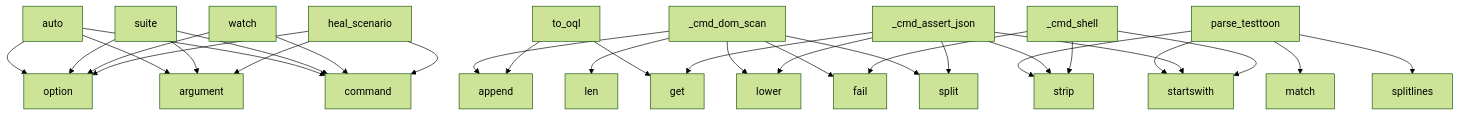
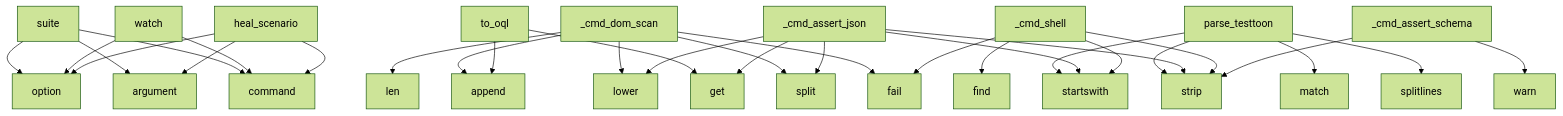
One commit to oqlos/testql changed the diagram in project/context.md. Above: the diagram before and after it, drawn with Mermaid (forest theme). The commit also changed other lines of this file and 33 other files, not shown here.

````diff
--- a/project/context.md
+++ b/project/context.md
@@ -641,33 +550,33 @@
 ```mermaid
 graph TD
-    auto --> command
-    auto --> argument
-    auto --> option
     _cmd_dom_scan --> split
     _cmd_dom_scan --> lower
     _cmd_dom_scan --> fail
     _cmd_dom_scan --> append
     _cmd_dom_scan --> len
     suite --> command
     suite --> argument
     suite --> option
     to_oql --> get
     to_oql --> append
     watch --> command
     watch --> option
     parse_testtoon --> splitlines
     parse_testtoon --> match
     parse_testtoon --> startswith
     parse_testtoon --> strip
     heal_scenario --> command
     heal_scenario --> argument
     heal_scenario --> option
     _cmd_assert_json --> split
     _cmd_assert_json --> startswith
     _cmd_assert_json --> strip
     _cmd_assert_json --> lower
     _cmd_assert_json --> get
     _cmd_shell --> strip
     _cmd_shell --> fail
     _cmd_shell --> startswith
+    _cmd_shell --> find
+    _cmd_assert_schema --> strip
+    _cmd_assert_schema --> warn
 ```
````
